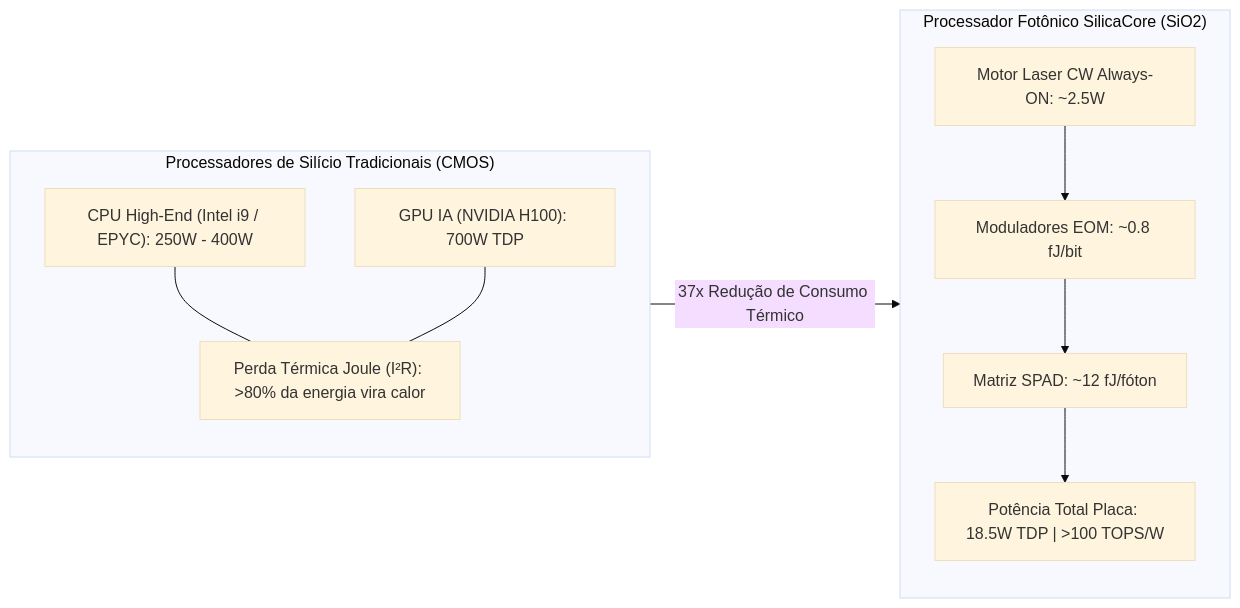
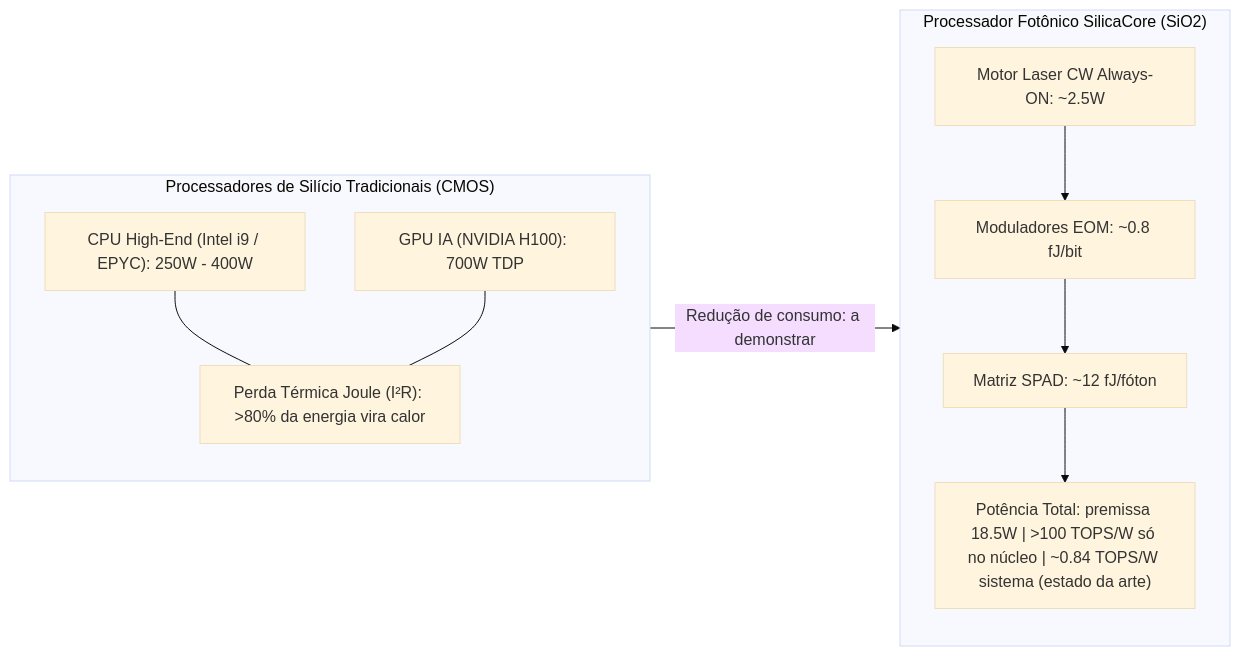
One commit to Roliveira96/SilicaCore changed the diagram in docs/architecture/10-consumo-energetico-e-comparativo-silicio.md. Above: the diagram before and after it, drawn with Mermaid (base theme). The commit also changed other lines of this file and 10 other files, not shown here.

First line of the commit message:
docs(architecture): alinhar docs 01-10 a simulacao e adotar substrato de geometria agnostica

````diff
--- a/docs/architecture/10-consumo-energetico-e-comparativo-silicio.md
+++ b/docs/architecture/10-consumo-energetico-e-comparativo-silicio.md
@@ -67,22 +69,22 @@
 ```mermaid
 flowchart LR
     subgraph SilícioCMOS["Processadores de Silício Tradicionais (CMOS)"]
         direction TB
         CPU["CPU High-End (Intel i9 / EPYC): 250W - 400W"]
         GPU["GPU IA (NVIDIA H100): 700W TDP"]
         Heat["Perda Térmica Joule (I²R): >80% da energia vira calor"]
         CPU --- Heat
         GPU --- Heat
     end
 
     subgraph SilicaCoreOptics["Processador Fotônico SilicaCore (SiO2)"]
         direction TB
         CWLaser["Motor Laser CW Always-ON: ~2.5W"]
         EOM["Moduladores EOM: ~0.8 fJ/bit"]
         SPAD["Matriz SPAD: ~12 fJ/fóton"]
-        TotalOptics["Potência Total Placa: 18.5W TDP | >100 TOPS/W"]
+        TotalOptics["Potência Total: premissa 18.5W | >100 TOPS/W só no núcleo | ~0.84 TOPS/W sistema (estado da arte)"]
         CWLaser --> EOM --> SPAD --> TotalOptics
     end
 
-    SilícioCMOS -- "37x Redução de Consumo Térmico" --> SilicaCoreOptics
+    SilícioCMOS -- "Redução de consumo: a demonstrar" --> SilicaCoreOptics
 ```
````
